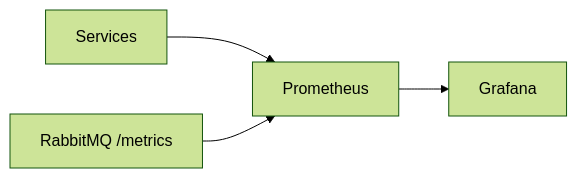
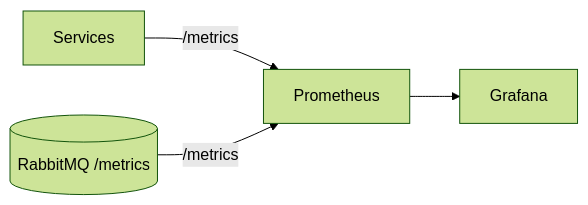
The fourth of 8 diagrams in README.md (VotingM7011E/Report), drawn with Mermaid (forest theme) before and after one commit. The commit also changed other lines of this file, not shown here.

````diff
--- a/README.md
+++ b/README.md
@@ -168,6 +203,6 @@
 ```mermaid
 flowchart LR
-  SVC[Services] --> PROM[Prometheus]
-  RMQ[RabbitMQ /metrics] --> PROM
+  SVC[Services] -->|/metrics| PROM[Prometheus]
+  RMQ[(RabbitMQ /metrics)] -->|/metrics| PROM
   PROM --> GRAF[Grafana]
 ```
````
